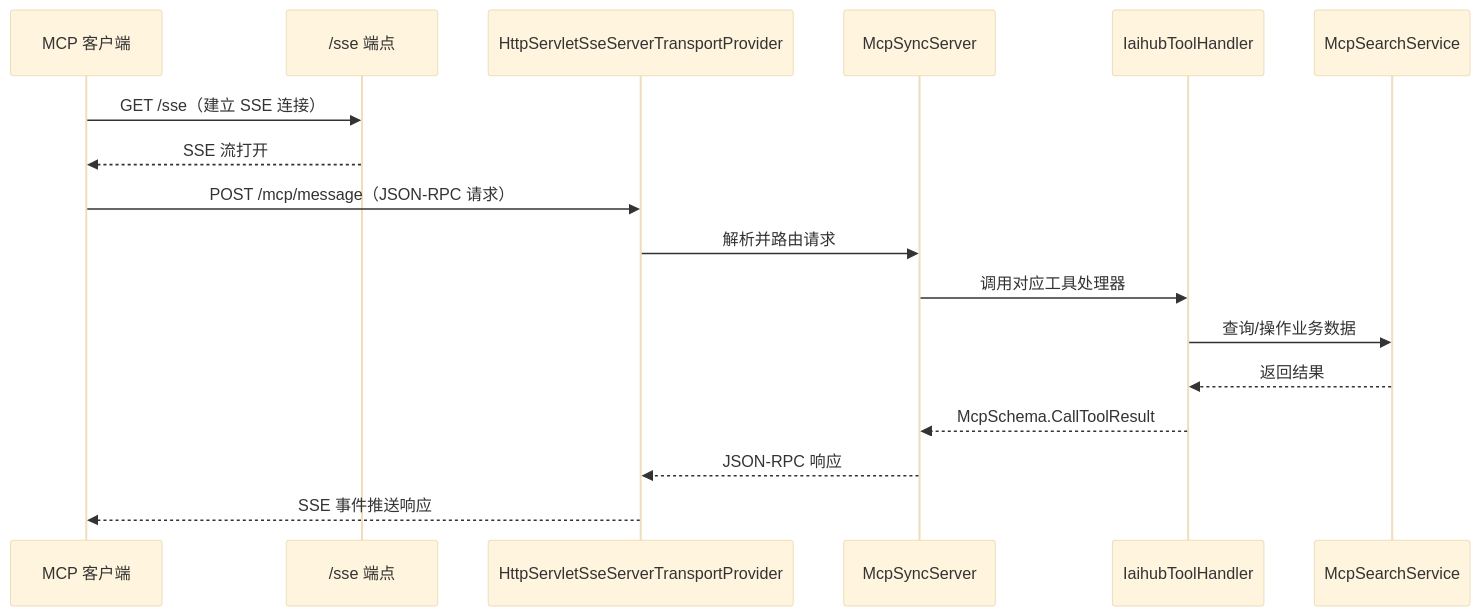
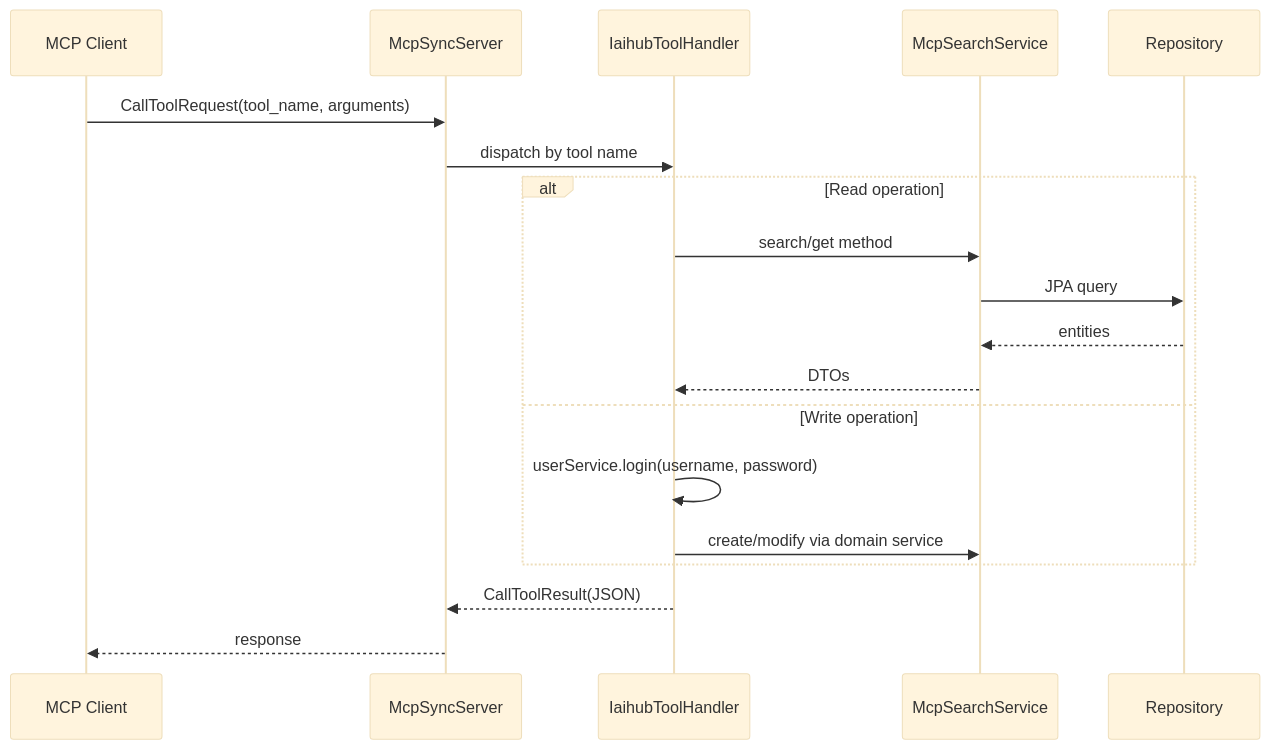
One commit to mambo-wang/CodingHub changed the second of 2 diagrams in repowiki/MCP协议.md. Above: the diagram before and after it, drawn with Mermaid (base theme). The commit also changed other lines of this file and 24 other files, not shown here.

````diff
--- a/repowiki/MCP协议.md
+++ b/repowiki/MCP协议.md
@@ -84,20 +92,21 @@
 ```mermaid
 sequenceDiagram
-    participant Client as MCP 客户端
-    participant SSE as /sse 端点
-    participant Transport as HttpServletSseServerTransportProvider
-    participant Server as McpSyncServer
-    participant Handler as IaihubToolHandler
-    participant Service as McpSearchService
-
-    Client->>SSE: GET /sse（建立 SSE 连接）
-    SSE-->>Client: SSE 流打开
-    Client->>Transport: POST /mcp/message（JSON-RPC 请求）
-    Transport->>Server: 解析并路由请求
-    Server->>Handler: 调用对应工具处理器
-    Handler->>Service: 查询/操作业务数据
-    Service-->>Handler: 返回结果
-    Handler-->>Server: McpSchema.CallToolResult
-    Server-->>Transport: JSON-RPC 响应
-    Transport-->>Client: SSE 事件推送响应
+    participant C as MCP Client
+    participant S as McpSyncServer
+    participant H as IaihubToolHandler
+    participant Svc as McpSearchService
+    participant DB as Repository
+    C->>S: CallToolRequest(tool_name, arguments)
+    S->>H: dispatch by tool name
+    alt Read operation
+        H->>Svc: search/get method
+        Svc->>DB: JPA query
+        DB-->>Svc: entities
+        Svc-->>H: DTOs
+    else Write operation
+        H->>H: userService.login(username, password)
+        H->>Svc: create/modify via domain service
+    end
+    H-->>S: CallToolResult(JSON)
+    S-->>C: response
 ```
````
